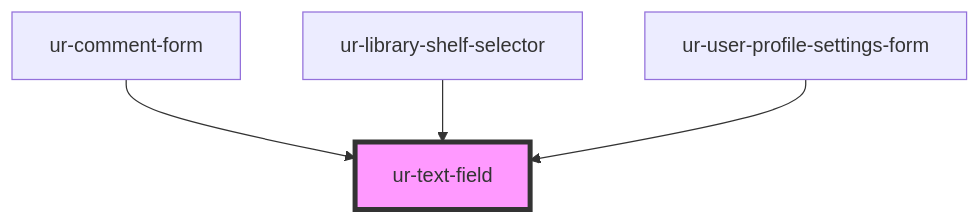
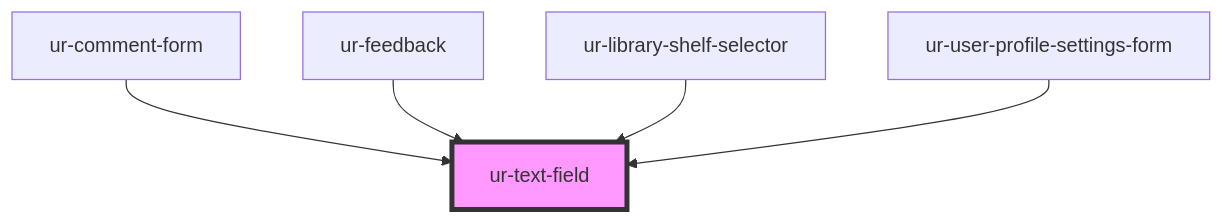
The diagram in src/components/ur-text-field/readme.md (hellish/urnovl-web-components), drawn with Mermaid before and after one commit. The commit also changed other lines of this file and 22 other files, not shown here.

````diff
--- a/src/components/ur-text-field/readme.md
+++ b/src/components/ur-text-field/readme.md
@@ -54,7 +55,8 @@
 ```mermaid
 graph TD;
   ur-comment-form --> ur-text-field
+  ur-feedback --> ur-text-field
   ur-library-shelf-selector --> ur-text-field
   ur-user-profile-settings-form --> ur-text-field
   style ur-text-field fill:#f9f,stroke:#333,stroke-width:4px
 ```
````
